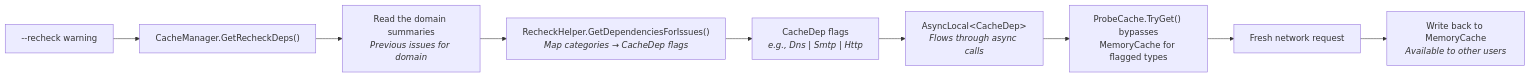
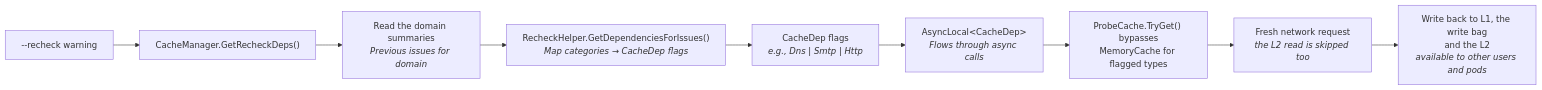
Before and after one commit to pkinerd/ednsv: the third of 3 diagrams in docs/caching-architecture.md, drawn with Mermaid. The commit also changed other lines of this file and 4 other files, not shown here.

````diff
--- a/docs/caching-architecture.md
+++ b/docs/caching-architecture.md
@@ -347,11 +403,11 @@
 ```mermaid
 flowchart LR
     REQ["--recheck warning"] --> CM["CacheManager.GetRecheckDeps()"]
     CM --> DR["Read the domain summaries<br/><i>Previous issues for domain</i>"]
     DR --> MAP["RecheckHelper.GetDependenciesForIssues()<br/><i>Map categories → CacheDep flags</i>"]
     MAP --> FLAGS["CacheDep flags<br/><i>e.g., Dns | Smtp | Http</i>"]
     FLAGS --> AL["AsyncLocal&lt;CacheDep&gt;<br/><i>Flows through async calls</i>"]
     AL --> BYPASS["ProbeCache.TryGet() bypasses<br/>MemoryCache for flagged types"]
-    BYPASS --> FRESH["Fresh network request"]
-    FRESH --> WRITE["Write back to MemoryCache<br/><i>Available to other users</i>"]
+    BYPASS --> FRESH["Fresh network request<br/><i>the L2 read is skipped too</i>"]
+    FRESH --> WRITE["Write back to L1, the write bag<br/>and the L2<br/><i>available to other users and pods</i>"]
 ```
````
